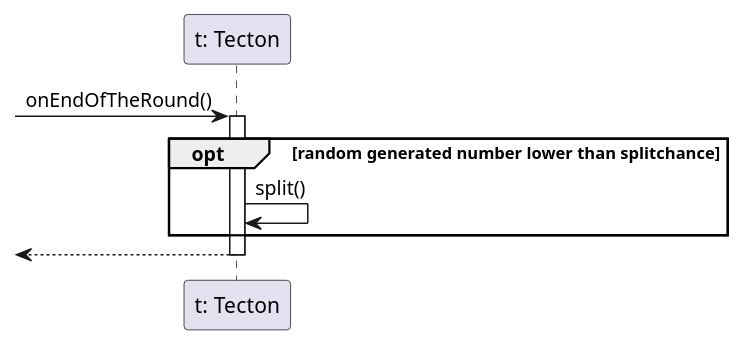
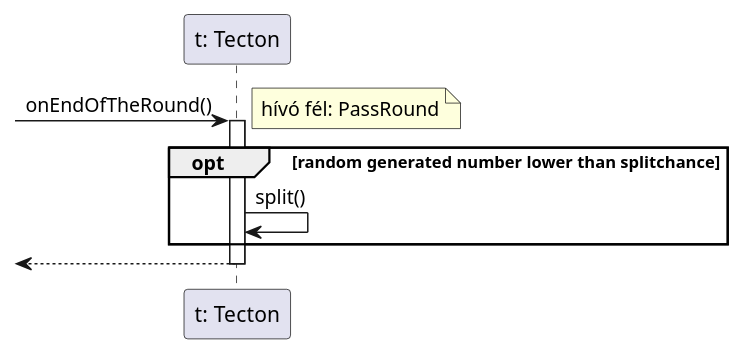
Before and after one commit to dzsem/projlab: the diagram in diagrams/sequence/tecton/endofround_tecton.plantuml, drawn with PlantUML. The commit also changed 6 other files, not shown here.

Commit message:
Added references to tecton and cutting related diagrams

```diff
--- a/diagrams/sequence/tecton/endofround_tecton.plantuml
+++ b/diagrams/sequence/tecton/endofround_tecton.plantuml
@@ -1,13 +1,14 @@
 @startuml endofround_tecton
 
 participant "t: Tecton" as tecton
 
 -> tecton: onEndOfTheRound()
+note right: hívó fél: PassRound
 activate tecton
 
 opt random generated number lower than splitchance
-tecton -> tecton: split()
+	tecton -> tecton: split()
 end
 <-- tecton
 deactivate tecton
 @enduml
```
